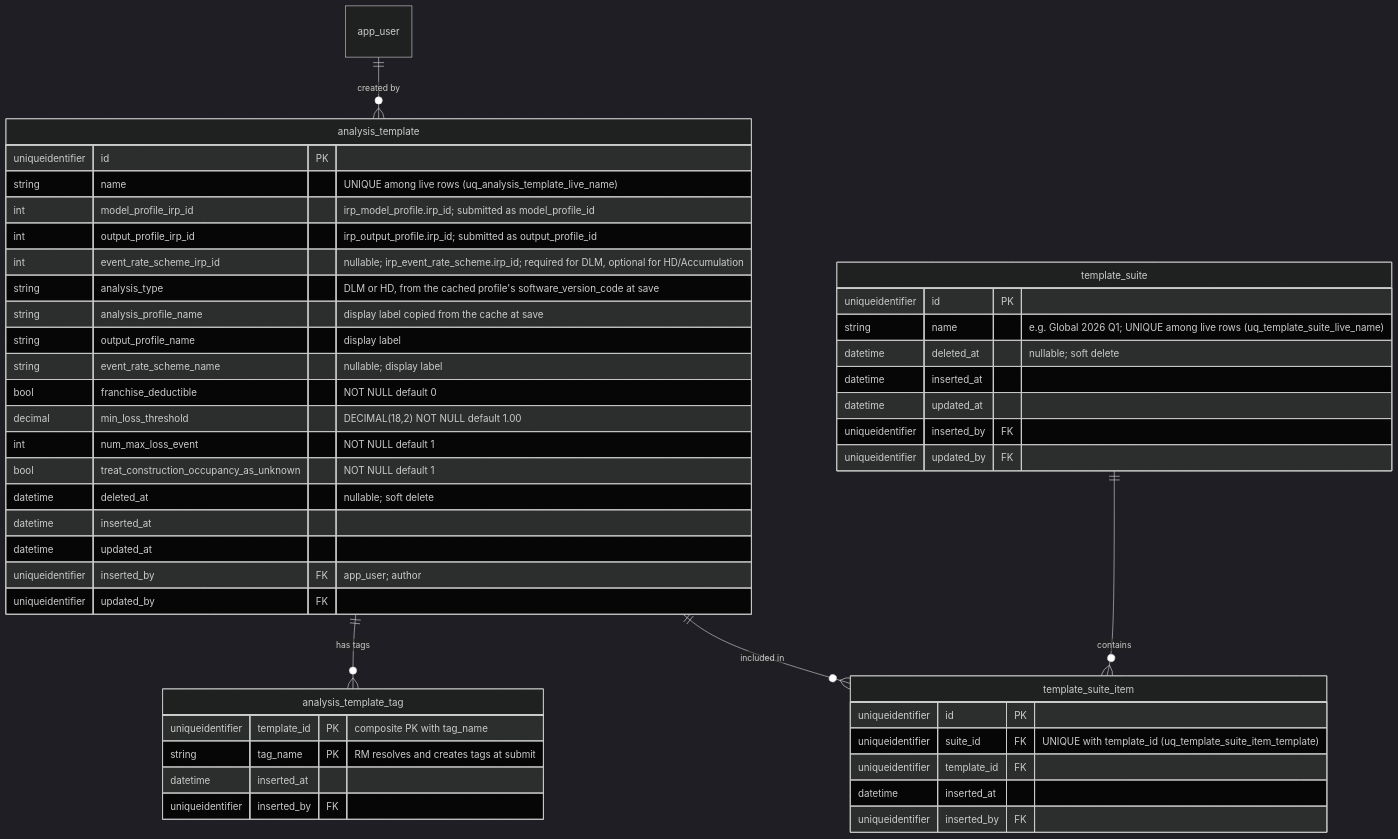
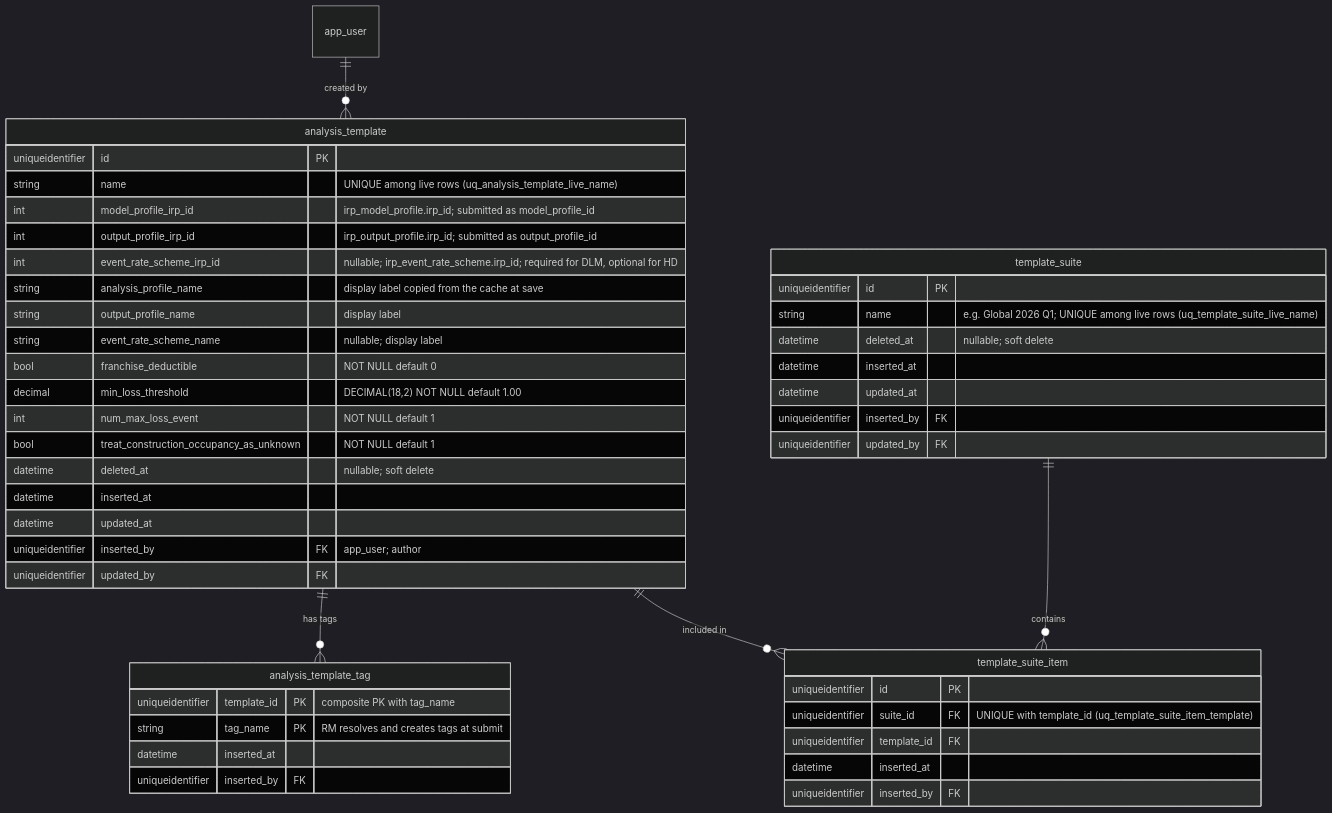
Before and after one commit to anilvenugopal/risk-workbench: the fifth of 8 diagrams in docs/DATA_MODEL.md, drawn with Mermaid (dark theme). The commit also changed other lines of this file and 19 other files, not shown here.

First line of the commit message:
Derive analysis type at plan compose; require profile ids

````diff
--- a/docs/DATA_MODEL.md
+++ b/docs/DATA_MODEL.md
@@ -384,50 +384,49 @@
 ```mermaid
 erDiagram
   app_user ||--o{ analysis_template : "created by"
   analysis_template ||--o{ analysis_template_tag : "has tags"
   template_suite ||--o{ template_suite_item : contains
   analysis_template ||--o{ template_suite_item : "included in"
 
   analysis_template {
     uniqueidentifier id PK
     string name "UNIQUE among live rows (uq_analysis_template_live_name)"
     int model_profile_irp_id "irp_model_profile.irp_id; submitted as model_profile_id"
     int output_profile_irp_id "irp_output_profile.irp_id; submitted as output_profile_id"
-    int event_rate_scheme_irp_id "nullable; irp_event_rate_scheme.irp_id; required for DLM, optional for HD/Accumulation"
-    string analysis_type "DLM or HD, from the cached profile's software_version_code at save"
+    int event_rate_scheme_irp_id "nullable; irp_event_rate_scheme.irp_id; required for DLM, optional for HD"
     string analysis_profile_name "display label copied from the cache at save"
     string output_profile_name "display label"
     string event_rate_scheme_name "nullable; display label"
     bool franchise_deductible "NOT NULL default 0"
     decimal min_loss_threshold "DECIMAL(18,2) NOT NULL default 1.00"
     int num_max_loss_event "NOT NULL default 1"
     bool treat_construction_occupancy_as_unknown "NOT NULL default 1"
     datetime deleted_at "nullable; soft delete"
     datetime inserted_at
     datetime updated_at
     uniqueidentifier inserted_by FK "app_user; author"
     uniqueidentifier updated_by FK
   }
   analysis_template_tag {
     uniqueidentifier template_id PK "composite PK with tag_name"
     string tag_name PK "RM resolves and creates tags at submit"
     datetime inserted_at
     uniqueidentifier inserted_by FK
   }
   template_suite {
     uniqueidentifier id PK
     string name "e.g. Global 2026 Q1; UNIQUE among live rows (uq_template_suite_live_name)"
     datetime deleted_at "nullable; soft delete"
     datetime inserted_at
     datetime updated_at
     uniqueidentifier inserted_by FK
     uniqueidentifier updated_by FK
   }
   template_suite_item {
     uniqueidentifier id PK
     uniqueidentifier suite_id FK "UNIQUE with template_id (uq_template_suite_item_template)"
     uniqueidentifier template_id FK
     datetime inserted_at
     uniqueidentifier inserted_by FK
   }
 ```
````
